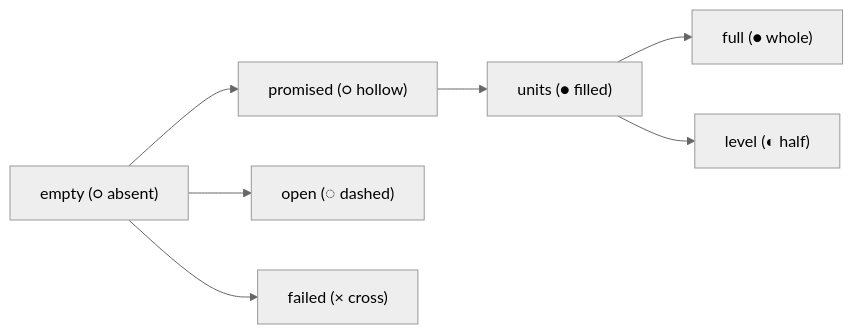
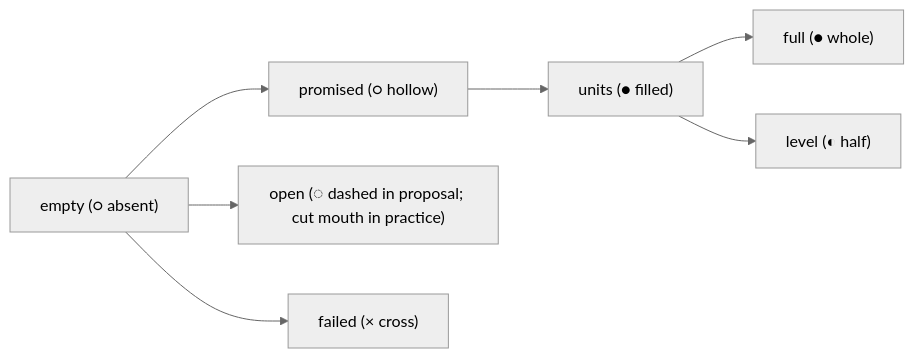
One commit to pure-algebra/lean4-effect4 changed the second of 5 diagrams in docs/research/2026-10-13-tube-language/fills.md. Above: the diagram before and after it, drawn with Mermaid (neutral theme). The commit also changed other lines of this file, not shown here.

Commit message:
research: Gemini's fill review, round three (each object's states mapped to a figure, a contents state and the change that enters it, against the motion plan)

````diff
--- a/docs/research/2026-10-13-tube-language/fills.md
+++ b/docs/research/2026-10-13-tube-language/fills.md
@@ -101,9 +172,9 @@
 ```mermaid
 flowchart LR
   Empty["empty (○ absent)"] --> Promised["promised (○ hollow)"]
   Promised --> Units["units (● filled)"]
   Units --> Full["full (● whole)"]
   Units --> Level["level (◐ half)"]
-  Empty --> Open["open (◌ dashed)"]
+  Empty --> Open["open (◌ dashed in proposal; cut mouth in practice)"]
   Empty --> Failed["failed (× cross)"]
 ```
````
